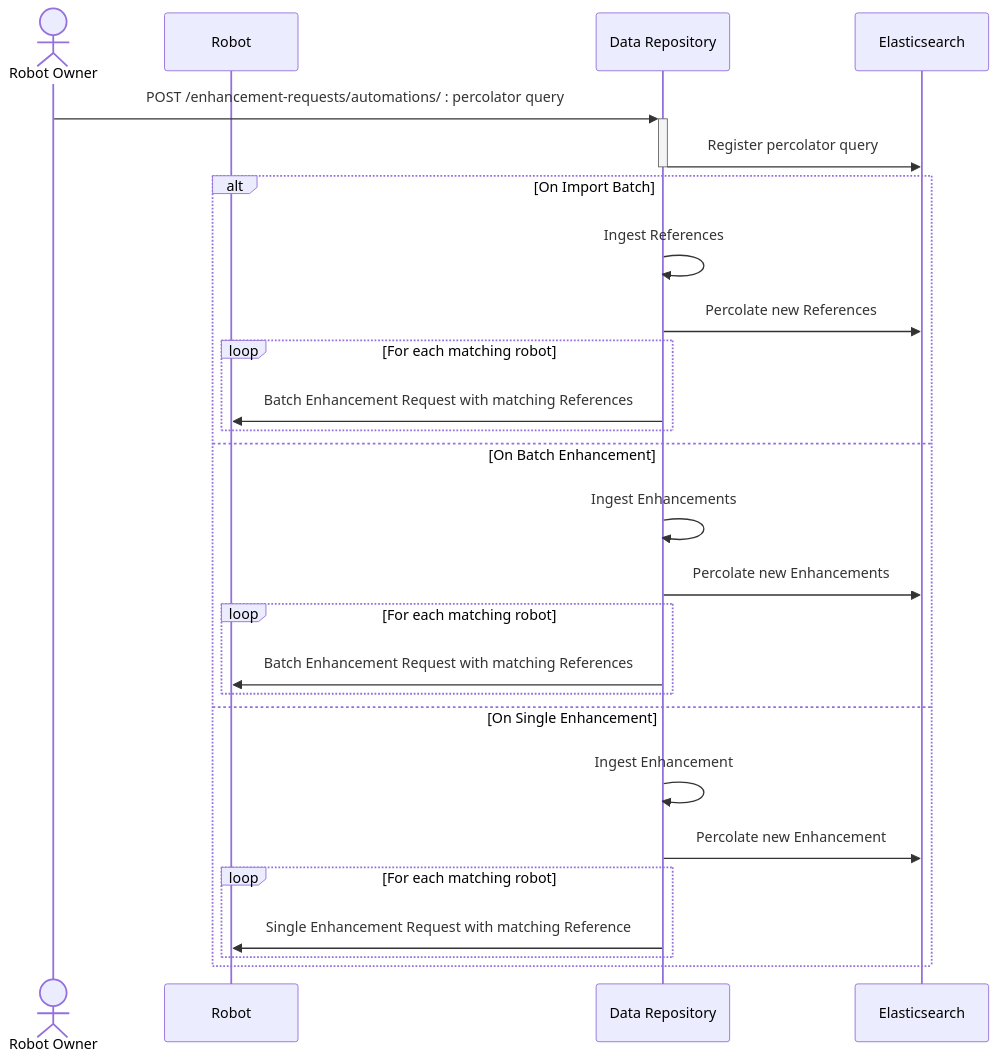
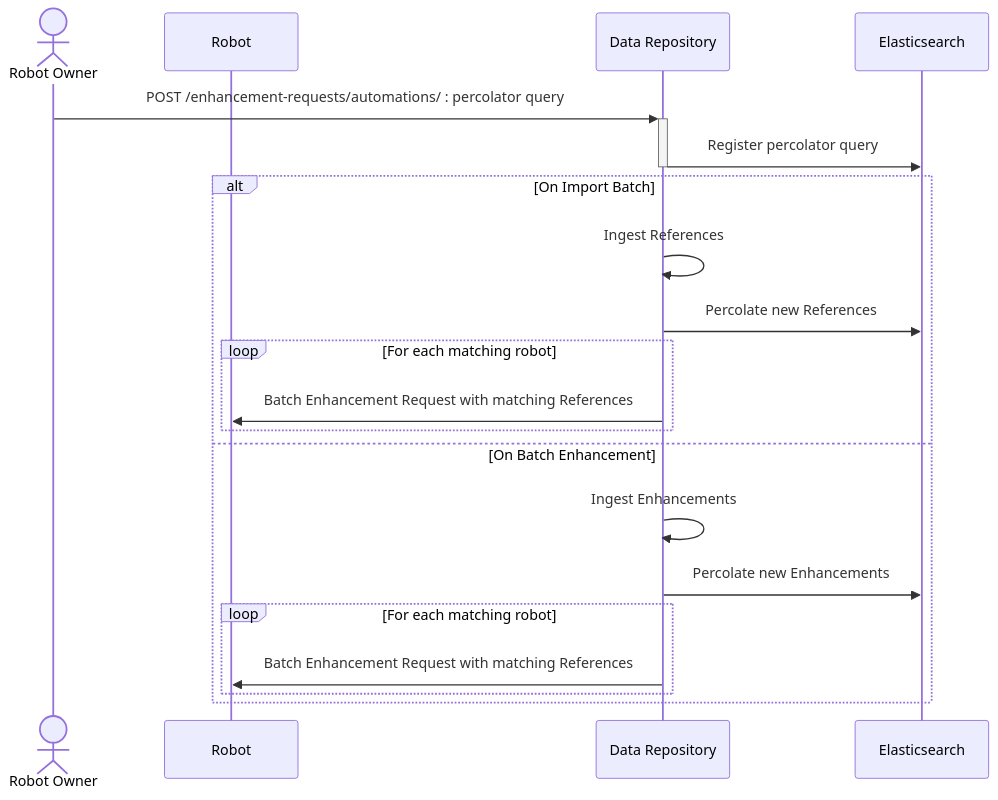
The first of 2 diagrams in docs/procedures/robot-automation.rst (destiny-evidence/destiny-repository), drawn with Mermaid before and after one commit. The commit also changed 4 other files, not shown here.

```diff
--- a/docs/procedures/robot-automation.rst
+++ b/docs/procedures/robot-automation.rst
@@ -8,30 +8,24 @@
 .. mermaid::
 
     sequenceDiagram
         Actor RO as Robot Owner
         participant R as Robot
         participant DR as Data Repository
         participant ES as Elasticsearch
 
         RO->>+DR: POST /enhancement-requests/automations/ : percolator query
         DR->>-ES: Register percolator query
 
         alt On Import Batch
             DR->>DR: Ingest References
             DR->>ES: Percolate new References
             loop For each matching robot
                 DR->>R: Batch Enhancement Request with matching References
             end
         else On Batch Enhancement
             DR->>DR: Ingest Enhancements
             DR->>ES: Percolate new Enhancements
             loop For each matching robot
                 DR->>R: Batch Enhancement Request with matching References
             end
-        else On Single Enhancement
-            DR->>DR: Ingest Enhancement
-            DR->>ES: Percolate new Enhancement
-            loop For each matching robot
-                DR->>R: Single Enhancement Request with matching Reference
-            end
         end
```
